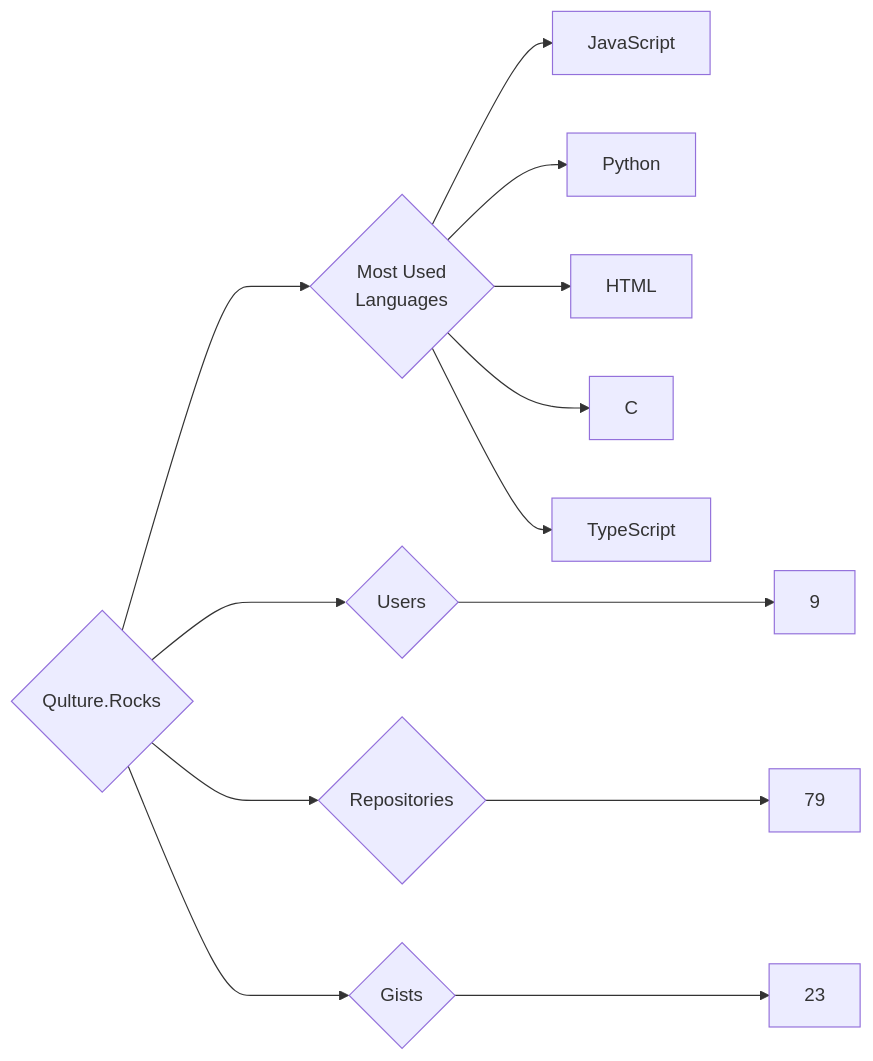
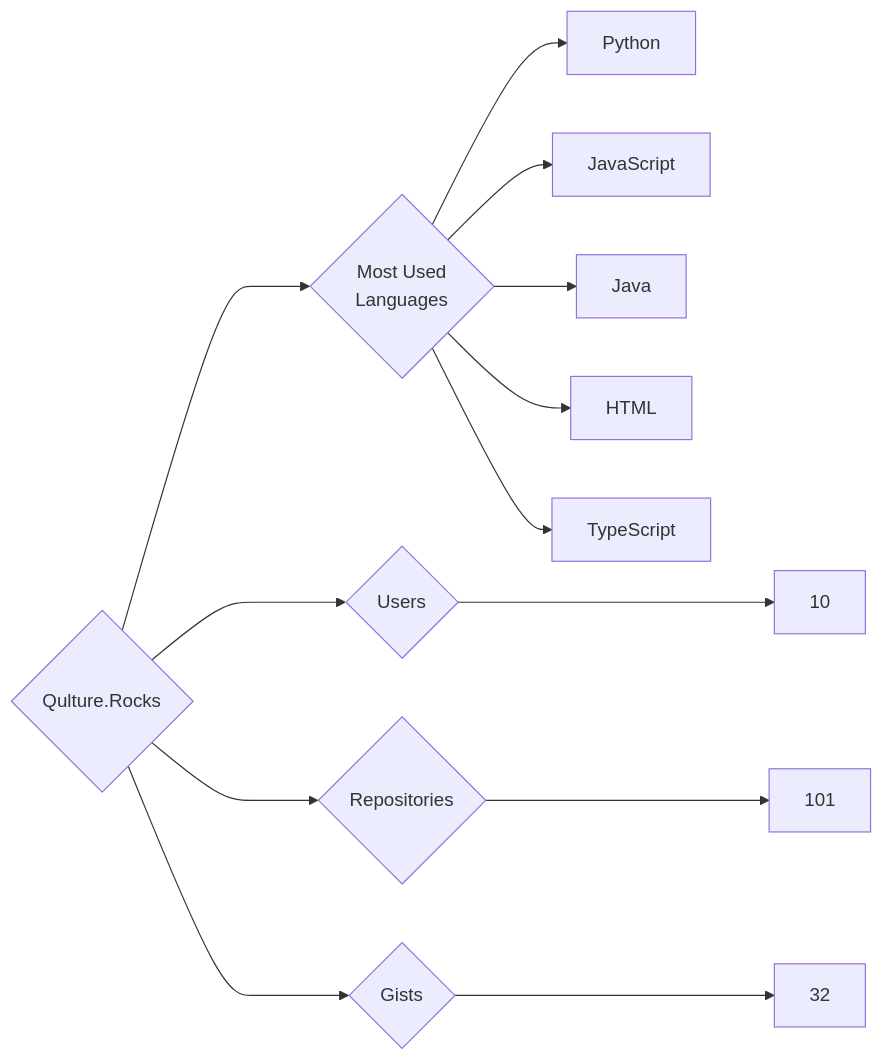
The diagram in targets/Qulture.Rocks/README.md (trickest/insiders), drawn with Mermaid before and after one commit. The commit also changed 903 other files, not shown here.

````diff
--- a/targets/Qulture.Rocks/README.md
+++ b/targets/Qulture.Rocks/README.md
@@ -3,13 +3,13 @@
 ```mermaid
 graph LR
 COMPANY_NAME{Qulture.Rocks}
-COMPANY_NAME ---> U{Users} ---> UN[9]
-COMPANY_NAME ---> R{Repositories} ---> RN[79]
-COMPANY_NAME ---> G{Gists} ---> GN[23]
+COMPANY_NAME ---> U{Users} ---> UN[10]
+COMPANY_NAME ---> R{Repositories} ---> RN[101]
+COMPANY_NAME ---> G{Gists} ---> GN[32]
 COMPANY_NAME ---> ML{Most Used<br>Languages}
+ML --> Python[Python]
 ML --> JavaScript[JavaScript]
-ML --> Python[Python]
+ML --> Java[Java]
 ML --> HTML[HTML]
-ML --> C[C]
 ML --> TypeScript[TypeScript]
 ```
````
